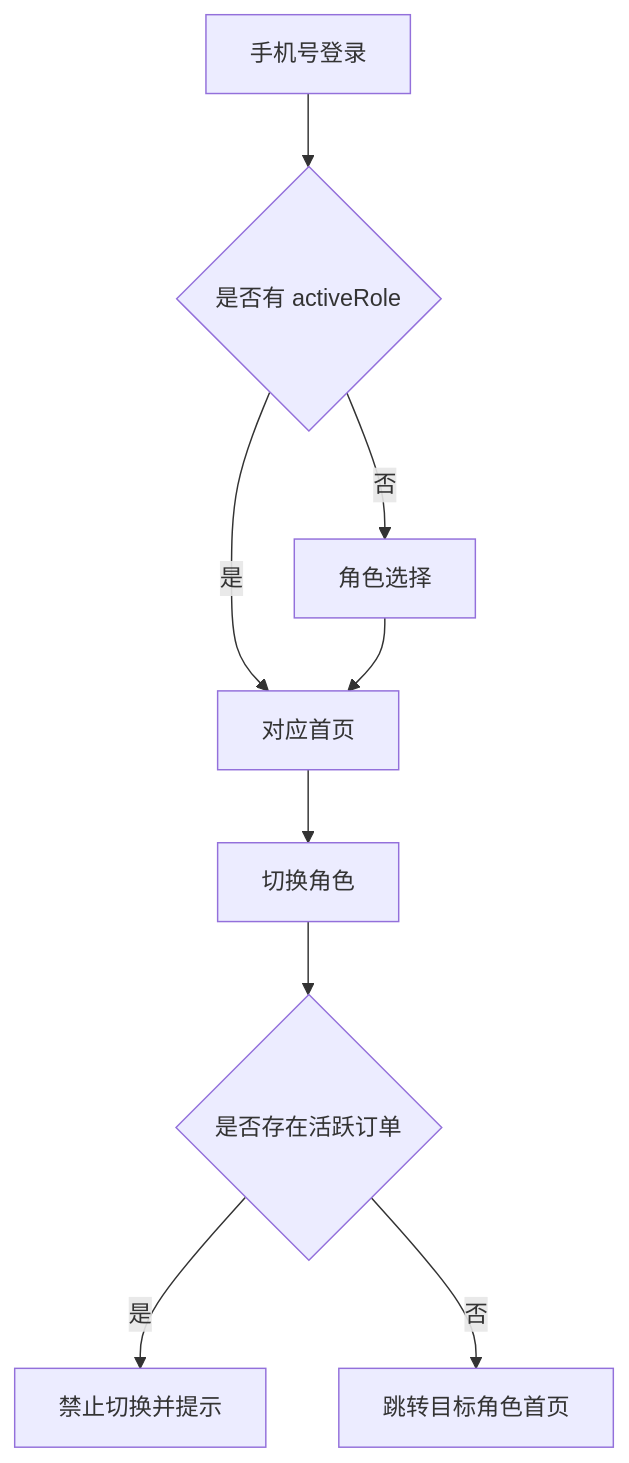
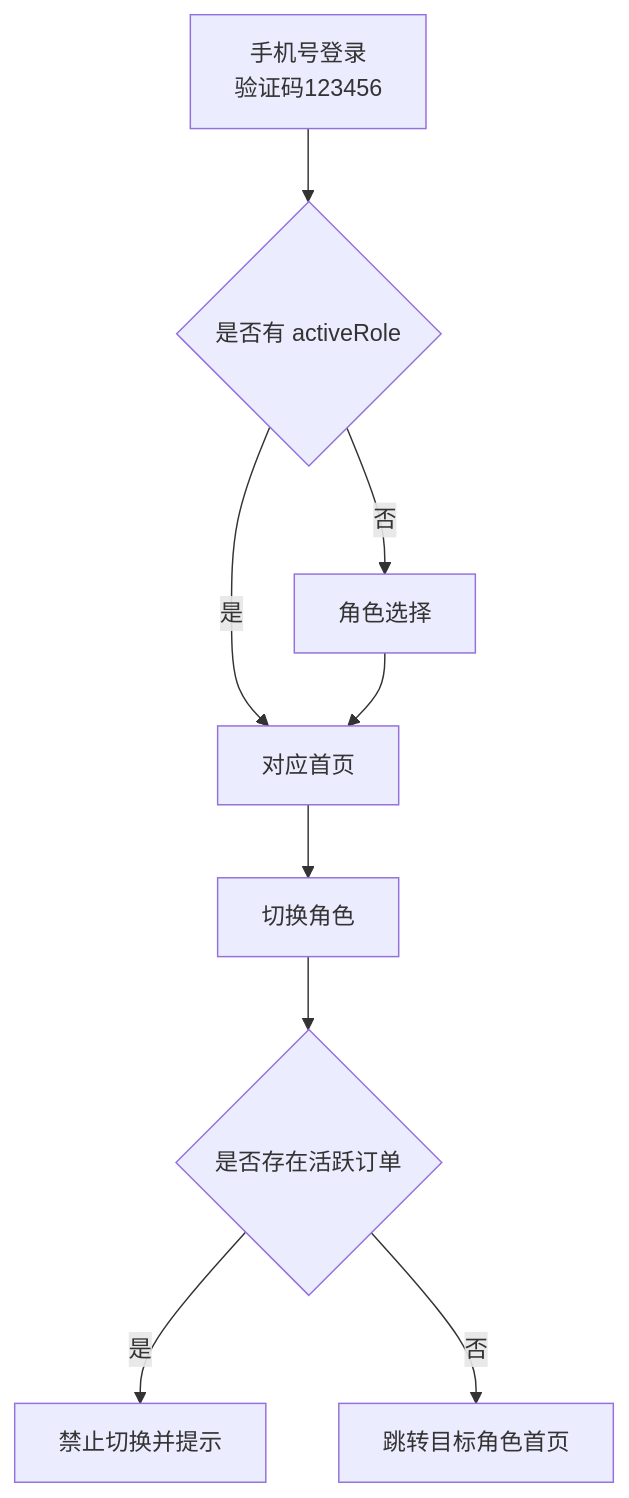
One commit to Jayden23018/blind-run-ios changed the eighth of 9 diagrams in .qoder/repowiki/zh/content/架构设计/架构设计.md. Above: the diagram before and after it, drawn with Mermaid. The commit also changed other lines of this file and 10 other files, not shown here.

````diff
--- a/.qoder/repowiki/zh/content/架构设计/架构设计.md
+++ b/.qoder/repowiki/zh/content/架构设计/架构设计.md
@@ -331,11 +399,11 @@
 ```mermaid
 flowchart TD
-Login["手机号登录"] --> HasRole{"是否有 activeRole"}
+Login["手机号登录<br/>验证码123456"] --> HasRole{"是否有 activeRole"}
 HasRole --> |否| RoleSel["角色选择"]
 HasRole --> |是| Home["对应首页"]
 RoleSel --> Home
 Home --> Switch["切换角色"]
 Switch --> Check{"是否存在活跃订单"}
 Check --> |是| Block["禁止切换并提示"]
 Check --> |否| ToTarget["跳转目标角色首页"]
 ```
````
